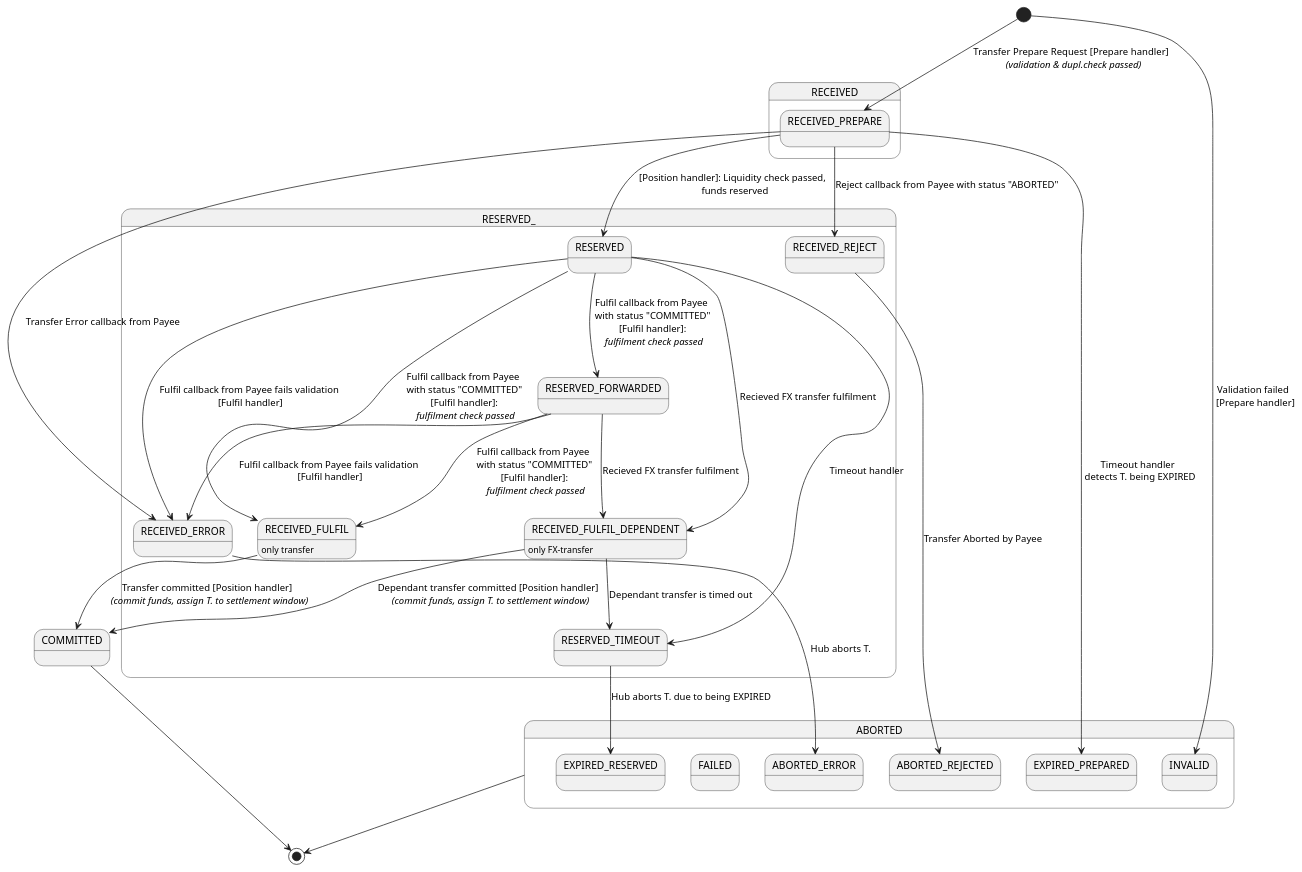
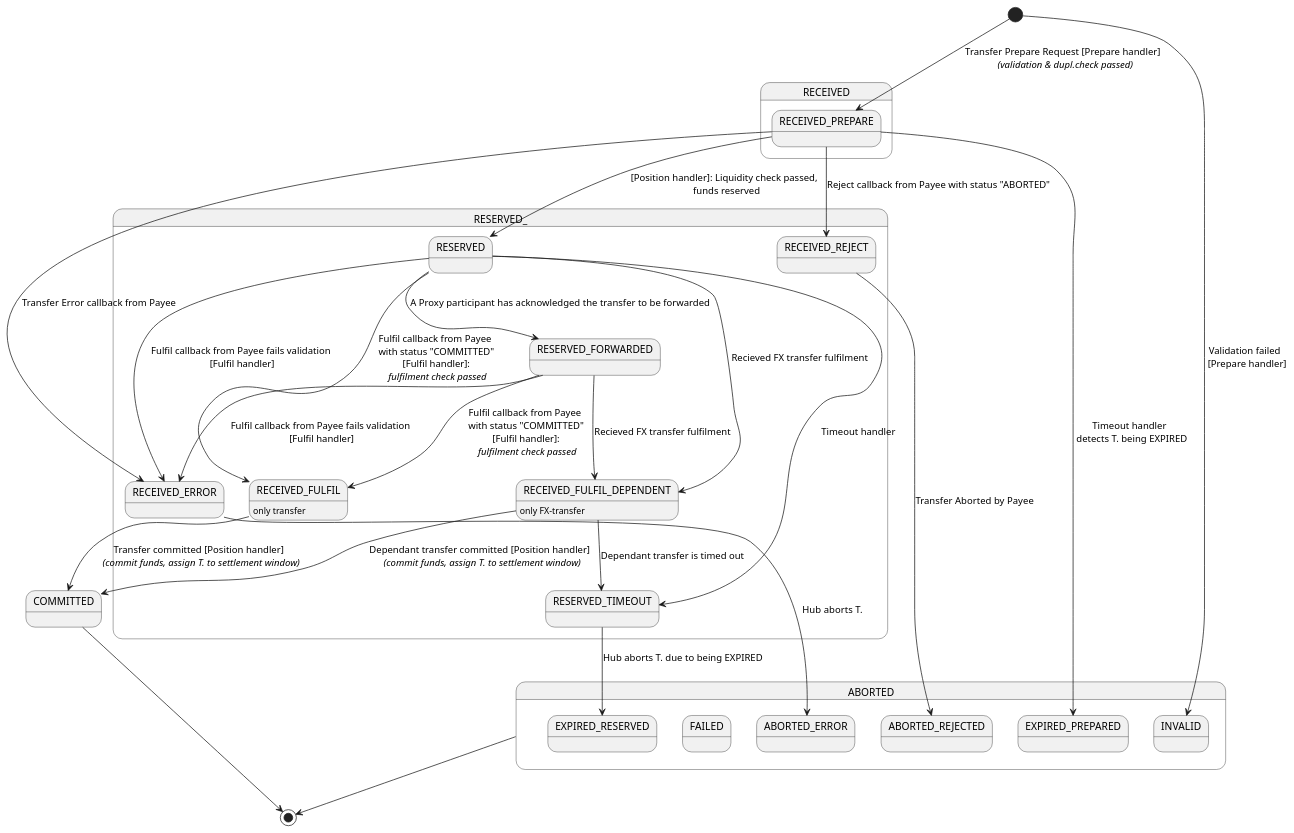
Before and after one commit to mojaloop/central-ledger: the diagram in documentation/state-diagrams/transfer-internal-states.plantuml, drawn with PlantUML. The commit also changed 1 other file, not shown here.

Commit message:
update diagram

```diff
--- a/documentation/state-diagrams/transfer-internal-states.plantuml
+++ b/documentation/state-diagrams/transfer-internal-states.plantuml
@@ -1,74 +1,75 @@
 @startuml
 
 state RECEIVED {
   state RECEIVED_PREPARE {
   }
 }
 
 state RESERVED_ {
   state RESERVED {
   }
   state RESERVED_FORWARDED {
   }
   state RECEIVED_FULFIL {
   }
   state RECEIVED_FULFIL_DEPENDENT {
   }
   state RESERVED_TIMEOUT {
   }
   state RECEIVED_REJECT {
   }
   state RECEIVED_ERROR {
   }
 }
 
 state COMMITTED {
 }
 
 state ABORTED {
   state ABORTED_ERROR {
   }
   state ABORTED_REJECTED {
   }
   state EXPIRED_PREPARED {
   }
   state EXPIRED_RESERVED {
   }
   state FAILED {
   }
   state INVALID {
   }
 }
 
 RECEIVED_FULFIL_DEPENDENT : only FX-transfer
 RECEIVED_FULFIL : only transfer
 
 [*] --> RECEIVED_PREPARE : Transfer Prepare Request [Prepare handler] \n <i>(validation & dupl.check passed)</i>
 [*] --> INVALID : Validation failed \n [Prepare handler]
 RECEIVED_PREPARE --> RESERVED : [Position handler]: Liquidity check passed, \n funds reserved
 RECEIVED_PREPARE --> RECEIVED_REJECT : Reject callback from Payee with status "ABORTED"
 RECEIVED_PREPARE --> RECEIVED_ERROR : Transfer Error callback from Payee
 
 RECEIVED_FULFIL --> COMMITTED : Transfer committed [Position handler] \n <i>(commit funds, assign T. to settlement window)</i>
-
 RECEIVED_REJECT --> ABORTED_REJECTED : Transfer Aborted by Payee
 RECEIVED_ERROR --> ABORTED_ERROR : Hub aborts T.
 RECEIVED_PREPARE --> EXPIRED_PREPARED : Timeout handler \n detects T. being EXPIRED
 
 RESERVED --> RECEIVED_FULFIL : Fulfil callback from Payee \n with status "COMMITTED" \n [Fulfil handler]: \n <i>fulfilment check passed</i>
 RESERVED --> RECEIVED_ERROR : Fulfil callback from Payee fails validation\n [Fulfil handler]
-RESERVED --> RESERVED_FORWARDED : Fulfil callback from Payee \n with status "COMMITTED" \n [Fulfil handler]: \n <i>fulfilment check passed</i>
+RESERVED --> RECEIVED_FULFIL_DEPENDENT : Recieved FX transfer fulfilment
+RESERVED --> RESERVED_FORWARDED : A Proxy participant has acknowledged the transfer to be forwarded
+RESERVED --> RESERVED_TIMEOUT : Timeout handler
+
 RESERVED_FORWARDED --> RECEIVED_FULFIL : Fulfil callback from Payee \n with status "COMMITTED" \n [Fulfil handler]: \n <i>fulfilment check passed</i>
 RESERVED_FORWARDED --> RECEIVED_ERROR : Fulfil callback from Payee fails validation\n [Fulfil handler]
-RESERVED --> RESERVED_TIMEOUT : Timeout handler
-RESERVED_TIMEOUT --> EXPIRED_RESERVED : Hub aborts T. due to being EXPIRED
+RESERVED_FORWARDED --> RECEIVED_FULFIL_DEPENDENT : Recieved FX transfer fulfilment
 
-RESERVED --> RECEIVED_FULFIL_DEPENDENT : Recieved FX transfer fulfilment
-RESERVED_FORWARDED --> RECEIVED_FULFIL_DEPENDENT : Recieved FX transfer fulfilment
 RECEIVED_FULFIL_DEPENDENT --> COMMITTED : Dependant transfer committed [Position handler] \n <i>(commit funds, assign T. to settlement window)</i>
 RECEIVED_FULFIL_DEPENDENT --> RESERVED_TIMEOUT : Dependant transfer is timed out
+
+RESERVED_TIMEOUT --> EXPIRED_RESERVED : Hub aborts T. due to being EXPIRED
 
 COMMITTED --> [*]
 ABORTED --> [*]
 
 @enduml
```
